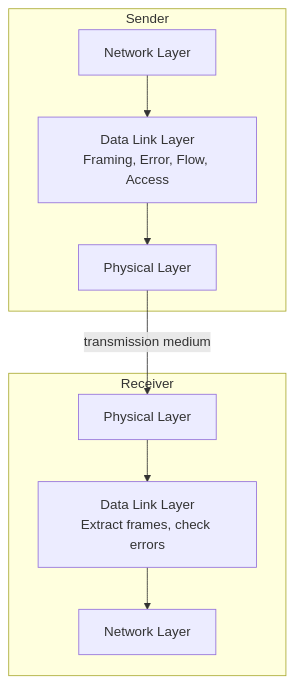
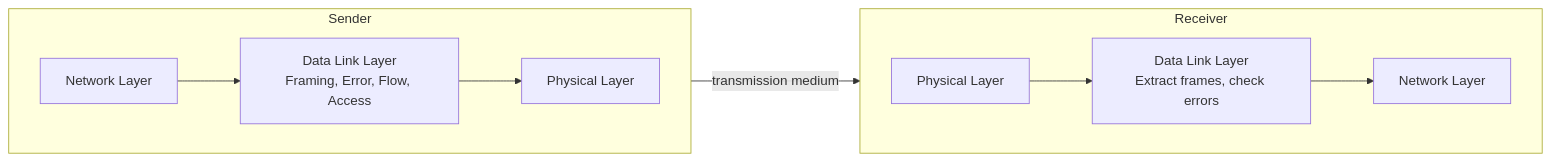
One commit to manishkumar8312/CS-Fundamentals changed the first of 14 diagrams in Computer Network/Ch 04 - Data Link Layer.md. Above: the diagram before and after it, drawn with Mermaid.

Commit message:
data link layer

````diff
--- a/Computer Network/Ch 04 - Data Link Layer.md
+++ b/Computer Network/Ch 04 - Data Link Layer.md
@@ -19,12 +19,14 @@
 ```mermaid
-flowchart TD
-    subgraph "Sender"
+flowchart LR
+    subgraph Sender
+        direction LR
         A[Network Layer] --> B[Data Link Layer<br/>Framing, Error, Flow, Access]
         B --> C[Physical Layer]
     end
-    subgraph "Receiver"
+    subgraph Receiver
+        direction LR
         D[Physical Layer] --> E[Data Link Layer<br/>Extract frames, check errors]
         E --> F[Network Layer]
     end
     C -->|transmission medium| D
 ```
````
